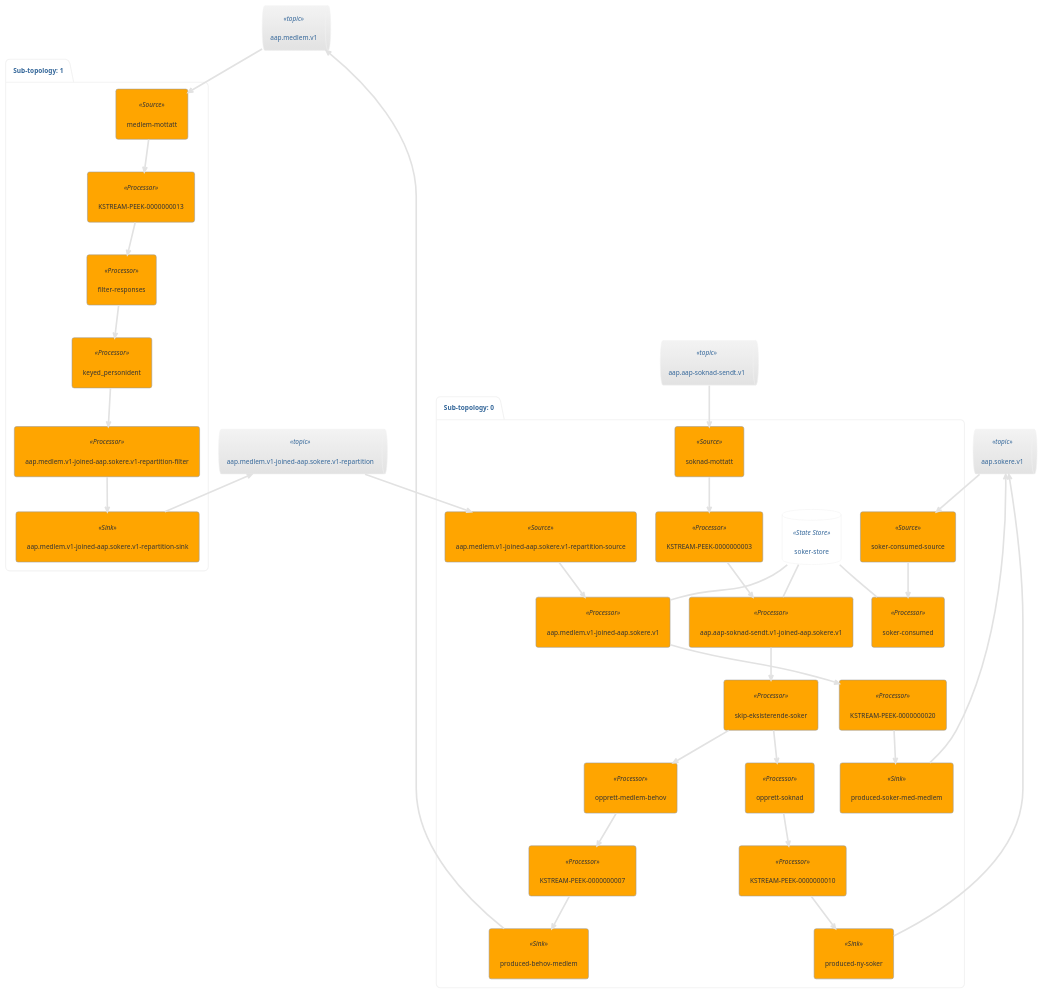
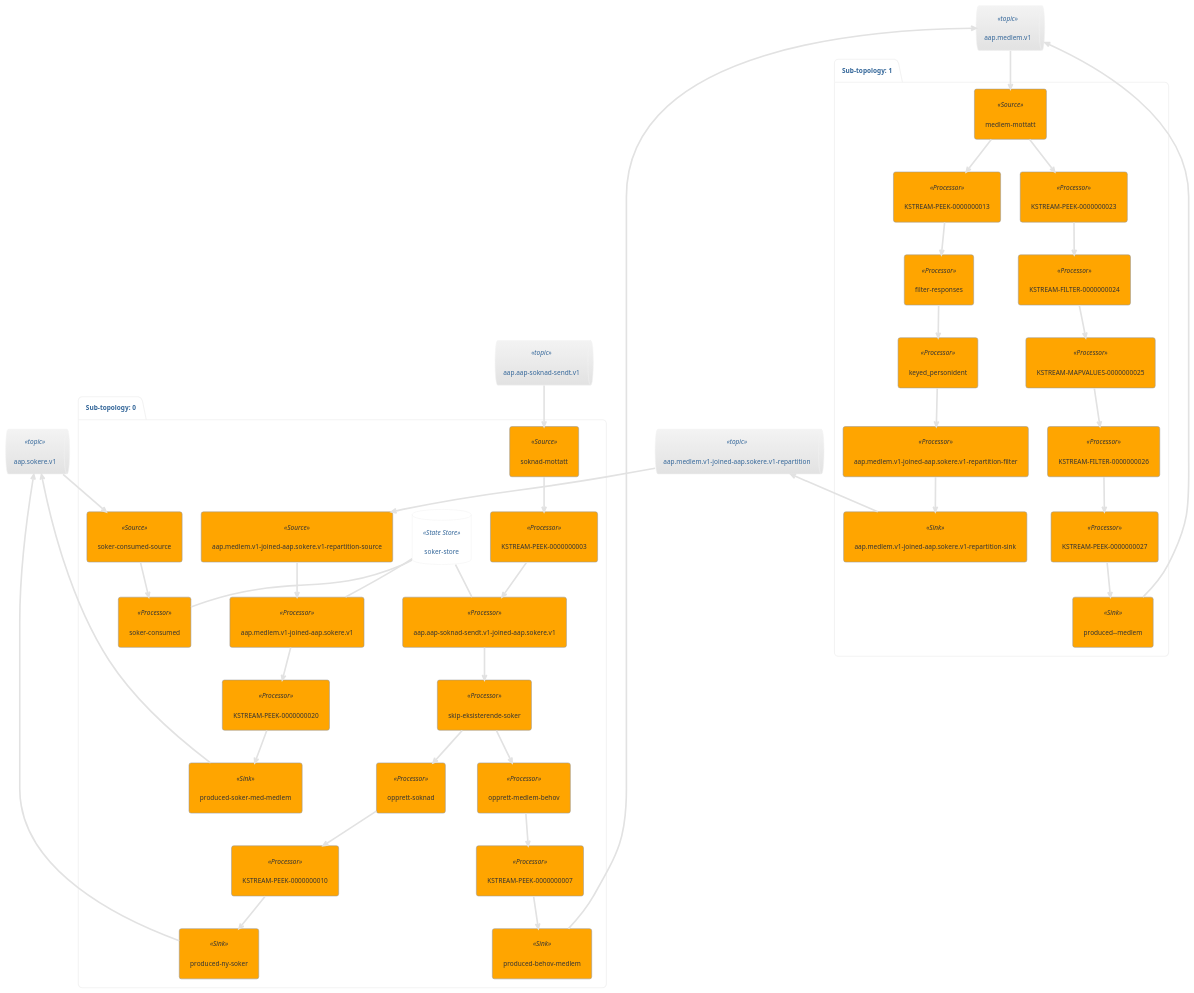
The diagram in doc/topology.puml (navikt/aap-vedtak), drawn with PlantUML before and after one commit. The commit also changed 4 other files, not shown here.

```diff
--- a/doc/topology.puml
+++ b/doc/topology.puml
@@ -1,63 +1,76 @@
 @startuml
 !theme lightgray
 queue "aap.medlem.v1" <<topic>> as aap_medlem_v1
 queue "aap.sokere.v1" <<topic>> as aap_sokere_v1
 queue "aap.aap-soknad-sendt.v1" <<topic>> as aap_aap_soknad_sendt_v1
 queue "aap.medlem.v1-joined-aap.sokere.v1-repartition" <<topic>> as aap_medlem_v1_joined_aap_sokere_v1_repartition
 package "Sub-topology: 0" {
 	database "soker-store" <<State Store>> as soker_store
 	agent "soknad-mottatt" <<Source>> as soknad_mottatt
 	agent "KSTREAM-PEEK-0000000003" <<Processor>> as KSTREAM_PEEK_0000000003
 	agent "aap.aap-soknad-sendt.v1-joined-aap.sokere.v1" <<Processor>> as aap_aap_soknad_sendt_v1_joined_aap_sokere_v1
 	agent "skip-eksisterende-soker" <<Processor>> as skip_eksisterende_soker
 	agent "aap.medlem.v1-joined-aap.sokere.v1-repartition-source" <<Source>> as aap_medlem_v1_joined_aap_sokere_v1_repartition_source
 	agent "aap.medlem.v1-joined-aap.sokere.v1" <<Processor>> as aap_medlem_v1_joined_aap_sokere_v1
 	agent "opprett-medlem-behov" <<Processor>> as opprett_medlem_behov
 	agent "opprett-soknad" <<Processor>> as opprett_soknad
 	agent "KSTREAM-PEEK-0000000007" <<Processor>> as KSTREAM_PEEK_0000000007
 	agent "KSTREAM-PEEK-0000000010" <<Processor>> as KSTREAM_PEEK_0000000010
 	agent "KSTREAM-PEEK-0000000020" <<Processor>> as KSTREAM_PEEK_0000000020
 	agent "soker-consumed-source" <<Source>> as soker_consumed_source
 	agent "produced-behov-medlem" <<Sink>> as produced_behov_medlem
 	agent "produced-ny-soker" <<Sink>> as produced_ny_soker
 	agent "produced-soker-med-medlem" <<Sink>> as produced_soker_med_medlem
 	agent "soker-consumed" <<Processor>> as soker_consumed
 	aap_aap_soknad_sendt_v1 --> soknad_mottatt
 	soker_store -- aap_aap_soknad_sendt_v1_joined_aap_sokere_v1
 	aap_medlem_v1_joined_aap_sokere_v1_repartition --> aap_medlem_v1_joined_aap_sokere_v1_repartition_source
 	soker_store -- aap_medlem_v1_joined_aap_sokere_v1
 	aap_sokere_v1 --> soker_consumed_source
 	aap_medlem_v1 <-- produced_behov_medlem
 	aap_sokere_v1 <-- produced_ny_soker
 	aap_sokere_v1 <-- produced_soker_med_medlem
 	soker_store -- soker_consumed
 	soknad_mottatt --> KSTREAM_PEEK_0000000003
 	KSTREAM_PEEK_0000000003 --> aap_aap_soknad_sendt_v1_joined_aap_sokere_v1
 	aap_aap_soknad_sendt_v1_joined_aap_sokere_v1 --> skip_eksisterende_soker
 	skip_eksisterende_soker --> opprett_medlem_behov
 	skip_eksisterende_soker --> opprett_soknad
 	aap_medlem_v1_joined_aap_sokere_v1_repartition_source --> aap_medlem_v1_joined_aap_sokere_v1
 	aap_medlem_v1_joined_aap_sokere_v1 --> KSTREAM_PEEK_0000000020
 	opprett_medlem_behov --> KSTREAM_PEEK_0000000007
 	opprett_soknad --> KSTREAM_PEEK_0000000010
 	KSTREAM_PEEK_0000000007 --> produced_behov_medlem
 	KSTREAM_PEEK_0000000010 --> produced_ny_soker
 	KSTREAM_PEEK_0000000020 --> produced_soker_med_medlem
 	soker_consumed_source --> soker_consumed
 }
 package "Sub-topology: 1" {
 	agent "medlem-mottatt" <<Source>> as medlem_mottatt
+	agent "KSTREAM-PEEK-0000000023" <<Processor>> as KSTREAM_PEEK_0000000023
+	agent "KSTREAM-FILTER-0000000024" <<Processor>> as KSTREAM_FILTER_0000000024
 	agent "KSTREAM-PEEK-0000000013" <<Processor>> as KSTREAM_PEEK_0000000013
+	agent "KSTREAM-MAPVALUES-0000000025" <<Processor>> as KSTREAM_MAPVALUES_0000000025
 	agent "filter-responses" <<Processor>> as filter_responses
+	agent "KSTREAM-FILTER-0000000026" <<Processor>> as KSTREAM_FILTER_0000000026
 	agent "keyed_personident" <<Processor>> as keyed_personident
+	agent "KSTREAM-PEEK-0000000027" <<Processor>> as KSTREAM_PEEK_0000000027
 	agent "aap.medlem.v1-joined-aap.sokere.v1-repartition-filter" <<Processor>> as aap_medlem_v1_joined_aap_sokere_v1_repartition_filter
 	agent "aap.medlem.v1-joined-aap.sokere.v1-repartition-sink" <<Sink>> as aap_medlem_v1_joined_aap_sokere_v1_repartition_sink
+	agent "produced--medlem" <<Sink>> as produced__medlem
 	aap_medlem_v1 --> medlem_mottatt
 	aap_medlem_v1_joined_aap_sokere_v1_repartition <-- aap_medlem_v1_joined_aap_sokere_v1_repartition_sink
+	aap_medlem_v1 <-- produced__medlem
 	medlem_mottatt --> KSTREAM_PEEK_0000000013
+	medlem_mottatt --> KSTREAM_PEEK_0000000023
+	KSTREAM_PEEK_0000000023 --> KSTREAM_FILTER_0000000024
+	KSTREAM_FILTER_0000000024 --> KSTREAM_MAPVALUES_0000000025
 	KSTREAM_PEEK_0000000013 --> filter_responses
+	KSTREAM_MAPVALUES_0000000025 --> KSTREAM_FILTER_0000000026
 	filter_responses --> keyed_personident
+	KSTREAM_FILTER_0000000026 --> KSTREAM_PEEK_0000000027
 	keyed_personident --> aap_medlem_v1_joined_aap_sokere_v1_repartition_filter
+	KSTREAM_PEEK_0000000027 --> produced__medlem
 	aap_medlem_v1_joined_aap_sokere_v1_repartition_filter --> aap_medlem_v1_joined_aap_sokere_v1_repartition_sink
 }
 @enduml
```
